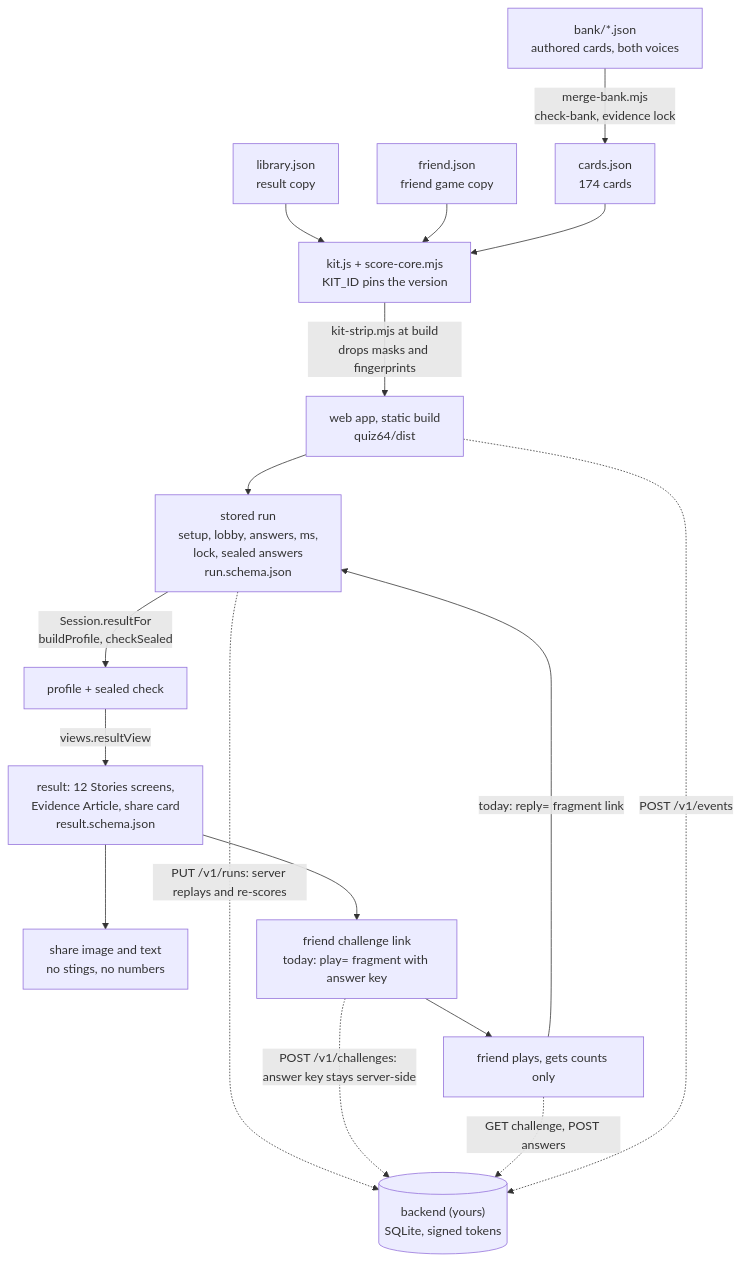
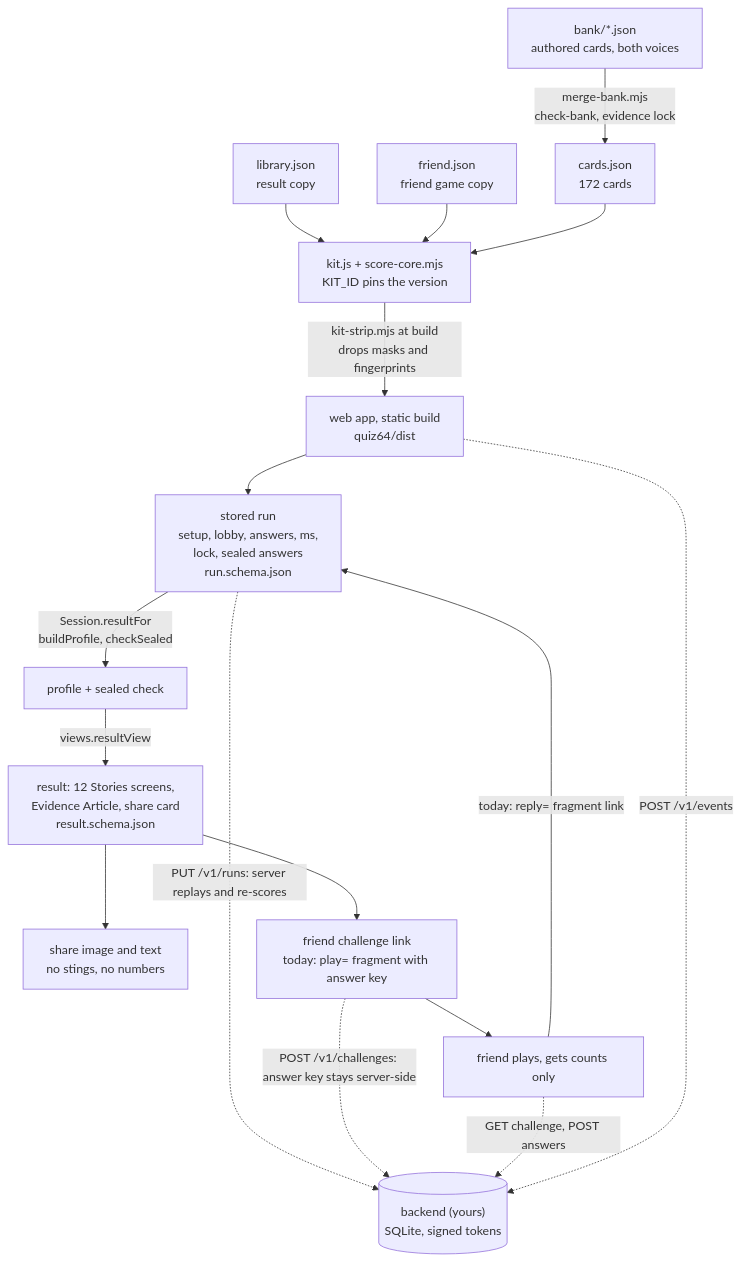
Before and after one commit to Augustexe/mirrormii-survey: the diagram in docs/HANDOFF-DESMOND.md, drawn with Mermaid. The commit also changed other lines of this file and 3 other files, not shown here.

````diff
--- a/docs/HANDOFF-DESMOND.md
+++ b/docs/HANDOFF-DESMOND.md
@@ -31,19 +31,19 @@
 ```mermaid
 flowchart TD
-  BANK["bank/*.json<br/>authored cards, both voices"] -->|merge-bank.mjs<br/>check-bank, evidence lock| CARDS["cards.json<br/>174 cards"]
+  BANK["bank/*.json<br/>authored cards, both voices"] -->|merge-bank.mjs<br/>check-bank, evidence lock| CARDS["cards.json<br/>172 cards"]
   LIB["library.json<br/>result copy"] --> KIT
   FRJ["friend.json<br/>friend game copy"] --> KIT
   CARDS --> KIT["kit.js + score-core.mjs<br/>KIT_ID pins the version"]
   KIT -->|kit-strip.mjs at build<br/>drops masks and fingerprints| APP["web app, static build<br/>quiz64/dist"]
   APP --> RUN["stored run<br/>setup, lobby, answers, ms,<br/>lock, sealed answers<br/>run.schema.json"]
   RUN -->|Session.resultFor<br/>buildProfile, checkSealed| SCORE["profile + sealed check"]
   SCORE -->|views.resultView| RESULT["result: 12 Stories screens,<br/>Evidence Article, share card<br/>result.schema.json"]
   RESULT --> SHARE["share image and text<br/>no stings, no numbers"]
   RESULT --> LINK["friend challenge link<br/>today: play= fragment with answer key"]
   LINK --> FRIEND["friend plays, gets counts only"]
   FRIEND -->|today: reply= fragment link| RUN
   RUN -.->|PUT /v1/runs: server replays and re-scores| API[("backend (yours)<br/>SQLite, signed tokens")]
   LINK -.->|POST /v1/challenges: answer key stays server-side| API
   FRIEND -.->|GET challenge, POST answers| API
   APP -.->|POST /v1/events| API
 ```
````
